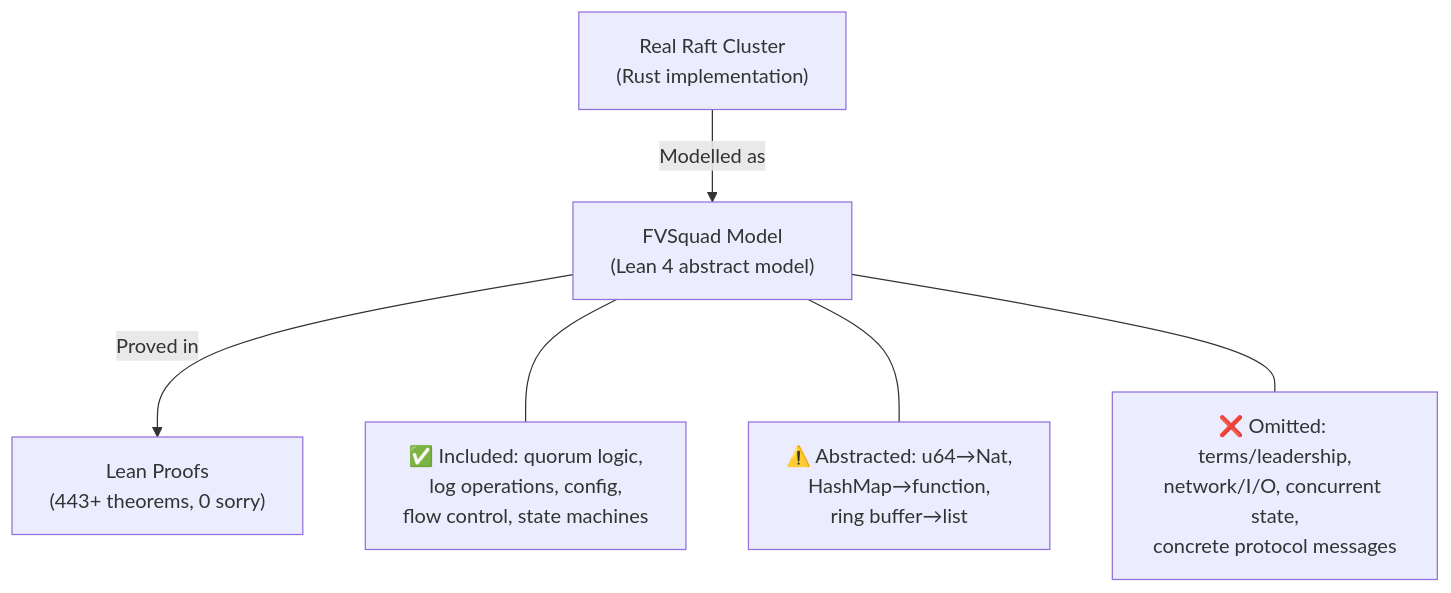
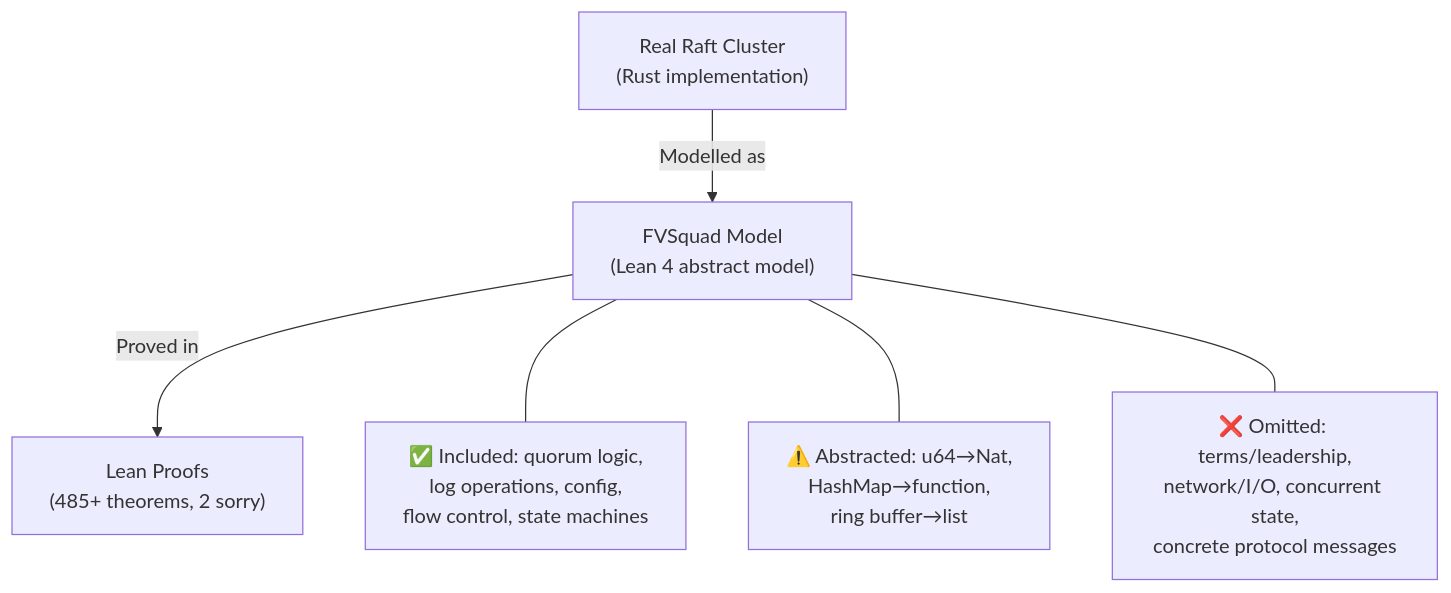
One commit to dsyme/fv-squad changed the ninth of 10 diagrams in formal-verification/REPORT.md. Above: the diagram before and after it, drawn with Mermaid. The commit also changed other lines of this file and 2 other files, not shown here.

First line of the commit message:
feat(fv): add CommitRule.lean (CR1–CR9, 9 theorems); update report (Tasks 3 & 10)

````diff
--- a/formal-verification/REPORT.md
+++ b/formal-verification/REPORT.md
@@ -285,17 +288,17 @@
 ```mermaid
 graph TD
     REAL["Real Raft Cluster<br/>(Rust implementation)"]
     MODEL["FVSquad Model<br/>(Lean 4 abstract model)"]
-    PROOF["Lean Proofs<br/>(443+ theorems, 0 sorry)"]
+    PROOF["Lean Proofs<br/>(485+ theorems, 2 sorry)"]
 
     REAL -->|"Modelled as"| MODEL
     MODEL -->|"Proved in"| PROOF
 
     NOTE1["✅ Included: quorum logic,<br/>log operations, config,<br/>flow control, state machines"]
     NOTE2["⚠️ Abstracted: u64→Nat,<br/>HashMap→function,<br/>ring buffer→list"]
     NOTE3["❌ Omitted: terms/leadership,<br/>network/I/O, concurrent state,<br/>concrete protocol messages"]
 
     MODEL --- NOTE1
     MODEL --- NOTE2
     MODEL --- NOTE3
 ```
````
